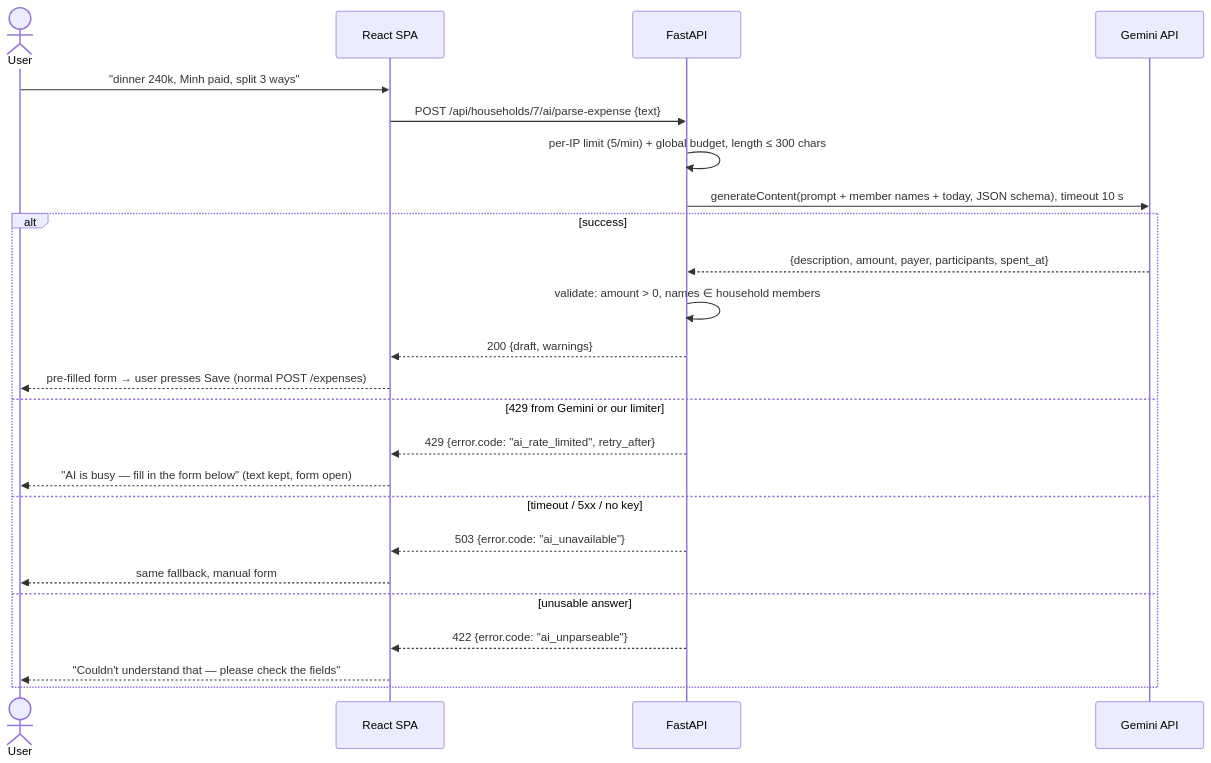
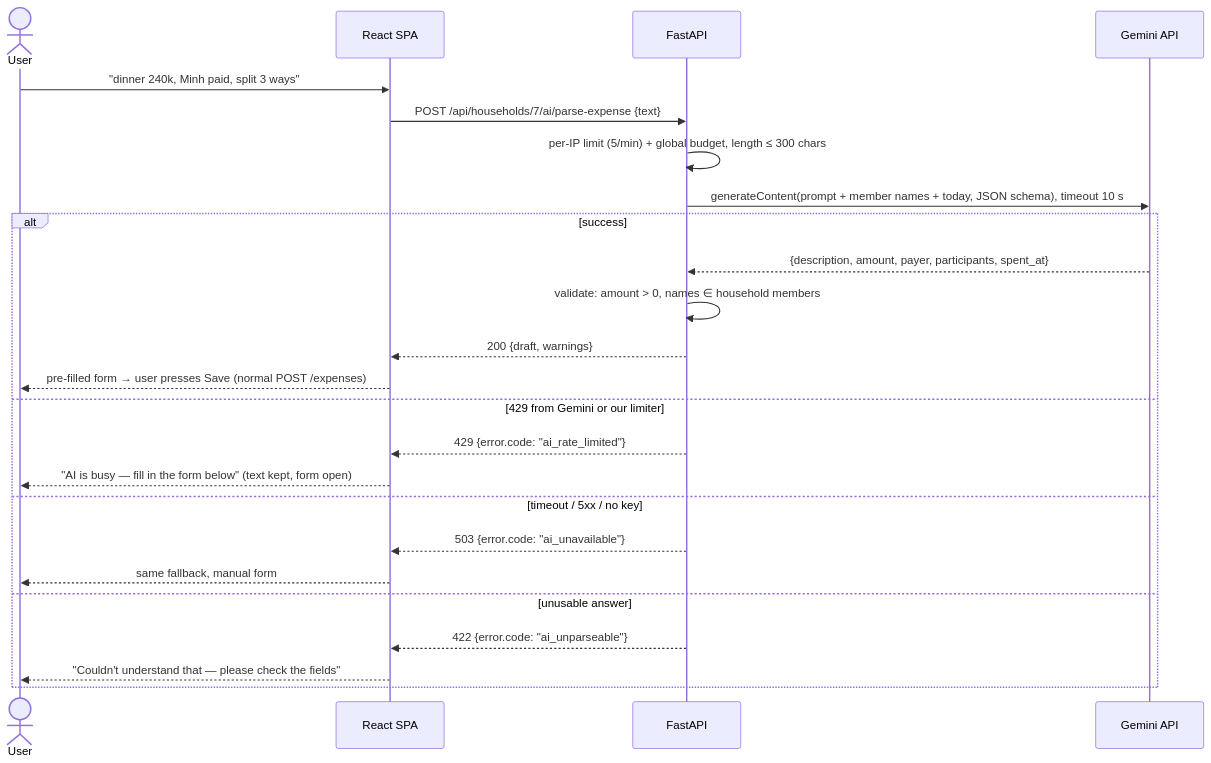
One commit to NeitLN/Fair-Share changed the fourth of 5 diagrams in docs/ARCHITECTURE.md. Above: the diagram before and after it, drawn with Mermaid. The commit also changed other lines of this file and 8 other files, not shown here.

````diff
--- a/docs/ARCHITECTURE.md
+++ b/docs/ARCHITECTURE.md
@@ -256,26 +256,26 @@
 ```mermaid
 sequenceDiagram
     actor User
     participant SPA as React SPA
     participant API as FastAPI
     participant G as Gemini API
     User->>SPA: "dinner 240k, Minh paid, split 3 ways"
     SPA->>API: POST /api/households/7/ai/parse-expense {text}
     API->>API: per-IP limit (5/min) + global budget, length ≤ 300 chars
     API->>G: generateContent(prompt + member names + today, JSON schema), timeout 10 s
     alt success
         G-->>API: {description, amount, payer, participants, spent_at}
         API->>API: validate: amount > 0, names ∈ household members
         API-->>SPA: 200 {draft, warnings}
         SPA-->>User: pre-filled form → user presses Save (normal POST /expenses)
     else 429 from Gemini or our limiter
-        API-->>SPA: 429 {error.code: "ai_rate_limited", retry_after}
+        API-->>SPA: 429 {error.code: "ai_rate_limited"}
         SPA-->>User: "AI is busy — fill in the form below" (text kept, form open)
     else timeout / 5xx / no key
         API-->>SPA: 503 {error.code: "ai_unavailable"}
         SPA-->>User: same fallback, manual form
     else unusable answer
         API-->>SPA: 422 {error.code: "ai_unparseable"}
         SPA-->>User: "Couldn't understand that — please check the fields"
     end
 ```
````
